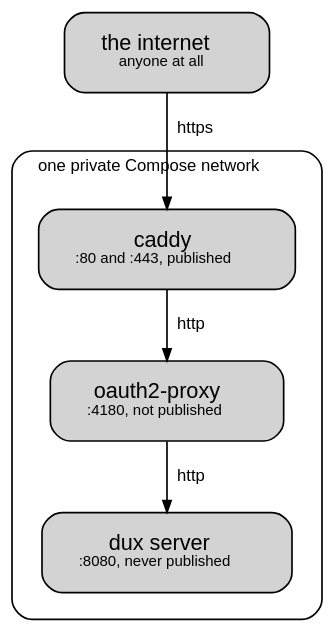
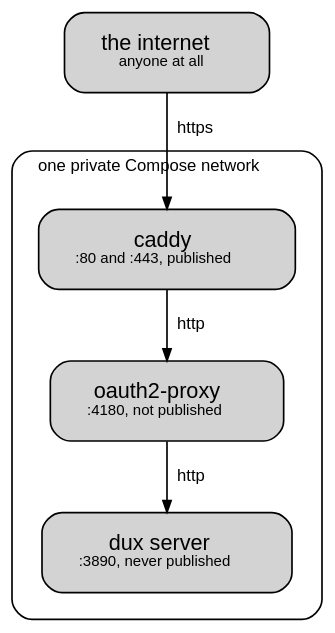
The first of 2 diagrams in website/docs/public-hosting.md (patrickdappollonio/dux), drawn with Graphviz before and after one commit. The commit also changed other lines of this file and 8 other files, not shown here.

````diff
--- a/website/docs/public-hosting.md
+++ b/website/docs/public-hosting.md
@@ -36,30 +36,30 @@
 ```dot Only Caddy publishes a port. dux publishes none, so the proxy container is the only thing on the machine that can reach it.
 digraph topology {
   bgcolor="transparent";
   rankdir=TB;
   nodesep=0.35;
   ranksep=0.45;
   node [shape=box, style="rounded,filled", fontname="Helvetica", fontsize=13, margin="0.30,0.18", penwidth=1];
   edge [fontname="Helvetica", fontsize=10, arrowsize=0.7, penwidth=1];
 
   internet [class="d-outside", label=<the internet<br/><font point-size="9">anyone at all</font>>];
 
   subgraph cluster_compose {
     label="one private Compose network";
     fontname="Helvetica";
     fontsize=10;
     labeljust="l";
     style="rounded";
     margin=16;
 
     caddy  [class="d-tls",  label=<caddy<br/><font point-size="9">:80 and :443, published</font>>];
     gate   [class="d-gate", label=<oauth2&#45;proxy<br/><font point-size="9">:4180, not published</font>>];
-    duxsvc [class="d-app",  label=<dux server<br/><font point-size="9">:8080, never published</font>>];
+    duxsvc [class="d-app",  label=<dux server<br/><font point-size="9">:3890, never published</font>>];
 
     caddy -> gate   [label="  http"];
     gate  -> duxsvc [label="  http"];
   }
 
   internet -> caddy [label="  https"];
 }
 ```
````
